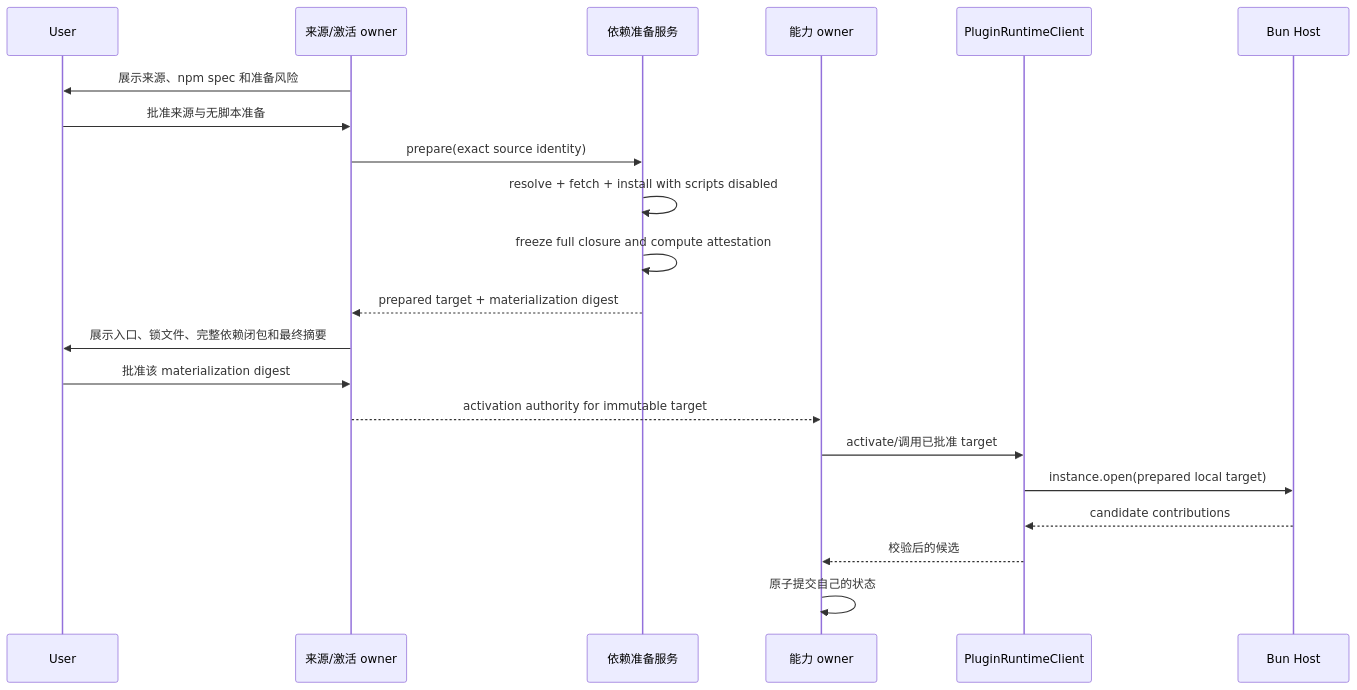
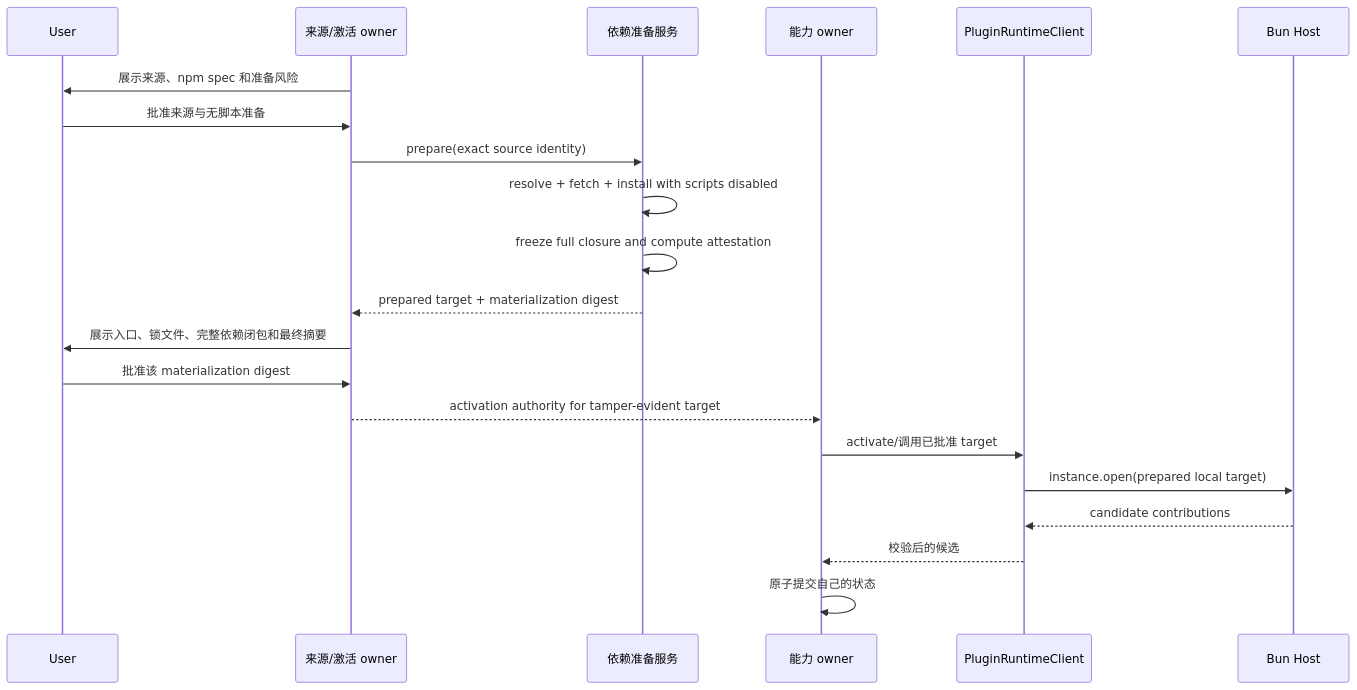
Before and after one commit to GCWing/BitFun: the second of 2 diagrams in docs/architecture/extensions/opencode-ext-host-ipc-design.md, drawn with Mermaid. The commit also changed other lines of this file and 2 other files, not shown here.

````diff
--- a/docs/architecture/extensions/opencode-ext-host-ipc-design.md
+++ b/docs/architecture/extensions/opencode-ext-host-ipc-design.md
@@ -84,24 +84,24 @@
 ```mermaid
 sequenceDiagram
   participant User
   participant Source as 来源/激活 owner
   participant Prepare as 依赖准备服务
   participant Caps as 能力 owner
   participant Client as PluginRuntimeClient
   participant Host as Bun Host
 
   Source->>User: 展示来源、npm spec 和准备风险
   User->>Source: 批准来源与无脚本准备
   Source->>Prepare: prepare(exact source identity)
   Prepare->>Prepare: resolve + fetch + install with scripts disabled
   Prepare->>Prepare: freeze full closure and compute attestation
   Prepare-->>Source: prepared target + materialization digest
   Source->>User: 展示入口、锁文件、完整依赖闭包和最终摘要
   User->>Source: 批准该 materialization digest
-  Source-->>Caps: activation authority for immutable target
+  Source-->>Caps: activation authority for tamper-evident target
   Caps->>Client: activate/调用已批准 target
   Client->>Host: instance.open(prepared local target)
   Host-->>Client: candidate contributions
   Client-->>Caps: 校验后的候选
   Caps->>Caps: 原子提交自己的状态
 ```
````
